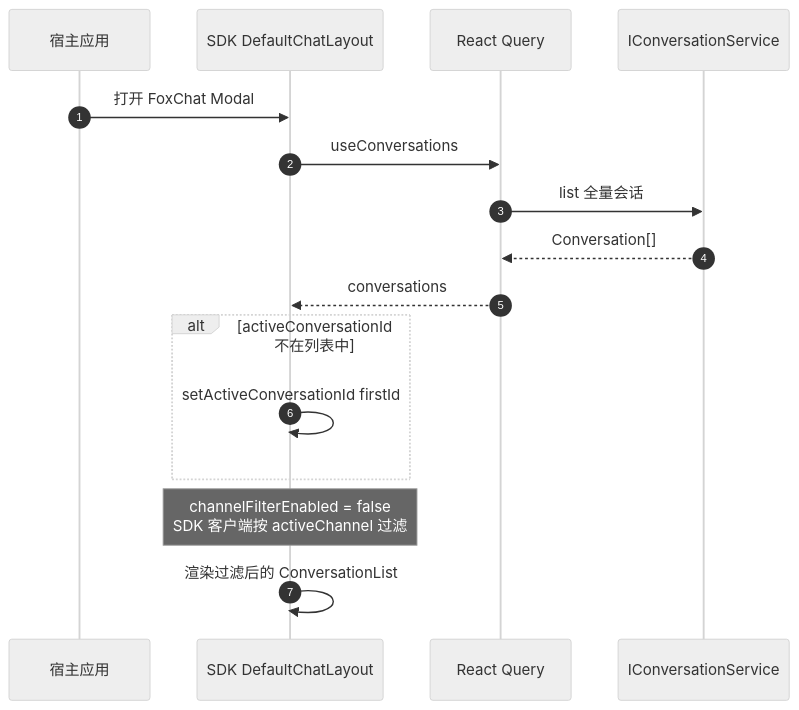
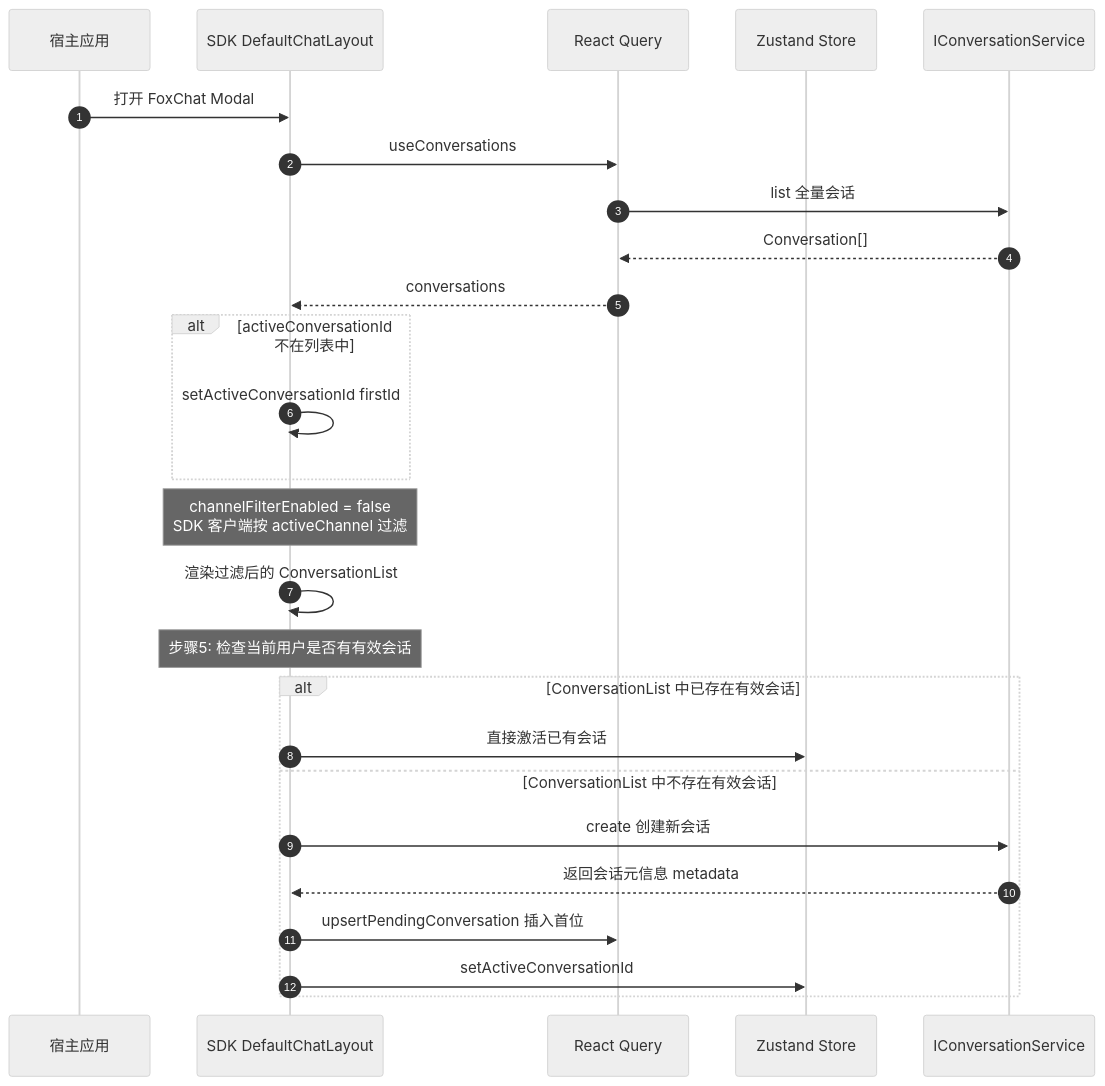
The first of 2 diagrams in specs/Conversation 数据流.md (givingwu/bifrost-chat), drawn with Mermaid (neutral theme) before and after one commit. The commit also changed other lines of this file and 2 other files, not shown here.

Commit message:
fix(chat): handle unsupported active channels in conversation
- Add logic in `DefaultChatLayout` to check if the active conversation supports the current channel.
- Replace the Composer with a warning banner when the active channel is unsupported by the conversation.
- Update specs to document the conversation creation flow and mark related issues as fixed.

````diff
--- a/specs/Conversation 数据流.md
+++ b/specs/Conversation 数据流.md
@@ -36,21 +37,32 @@
 ```mermaid
 sequenceDiagram
     autonumber
     participant Host as 宿主应用
     participant SDK as SDK DefaultChatLayout
     participant RQ as React Query
+    participant Store as Zustand Store
     participant Service as IConversationService
 
     Host->>SDK: 打开 FoxChat Modal
     SDK->>RQ: useConversations
     RQ->>Service: list 全量会话
     Service-->>RQ: Conversation[]
     RQ-->>SDK: conversations
 
     alt activeConversationId 不在列表中
         SDK->>SDK: setActiveConversationId firstId
     end
 
     Note over SDK: channelFilterEnabled = false<br/>SDK 客户端按 activeChannel 过滤
     SDK->>SDK: 渲染过滤后的 ConversationList
+
+    Note over SDK: 步骤5: 检查当前用户是否有有效会话
+    alt ConversationList 中已存在有效会话
+        SDK->>Store: 直接激活已有会话
+    else ConversationList 中不存在有效会话
+        SDK->>Service: create 创建新会话
+        Service-->>SDK: 返回会话元信息 metadata
+        SDK->>RQ: upsertPendingConversation 插入首位
+        SDK->>Store: setActiveConversationId
+    end
 ```
````
